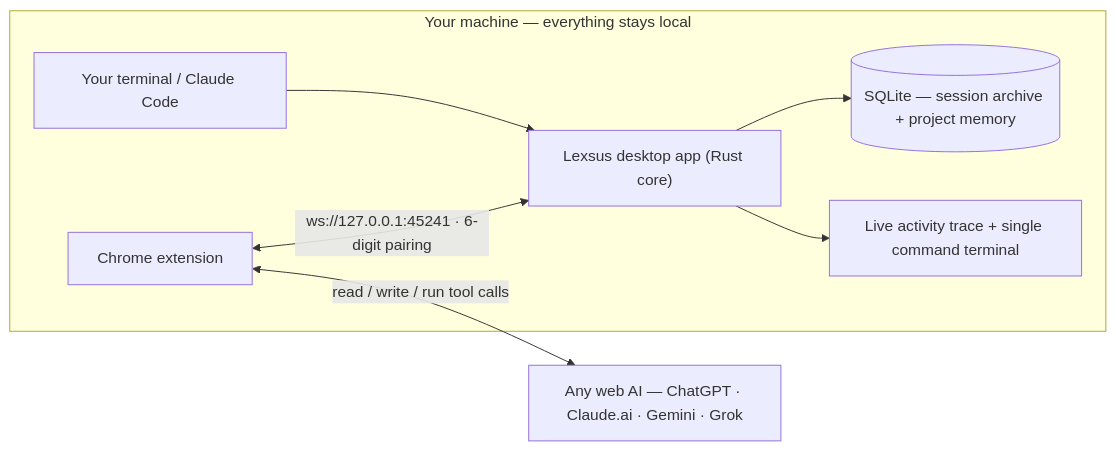
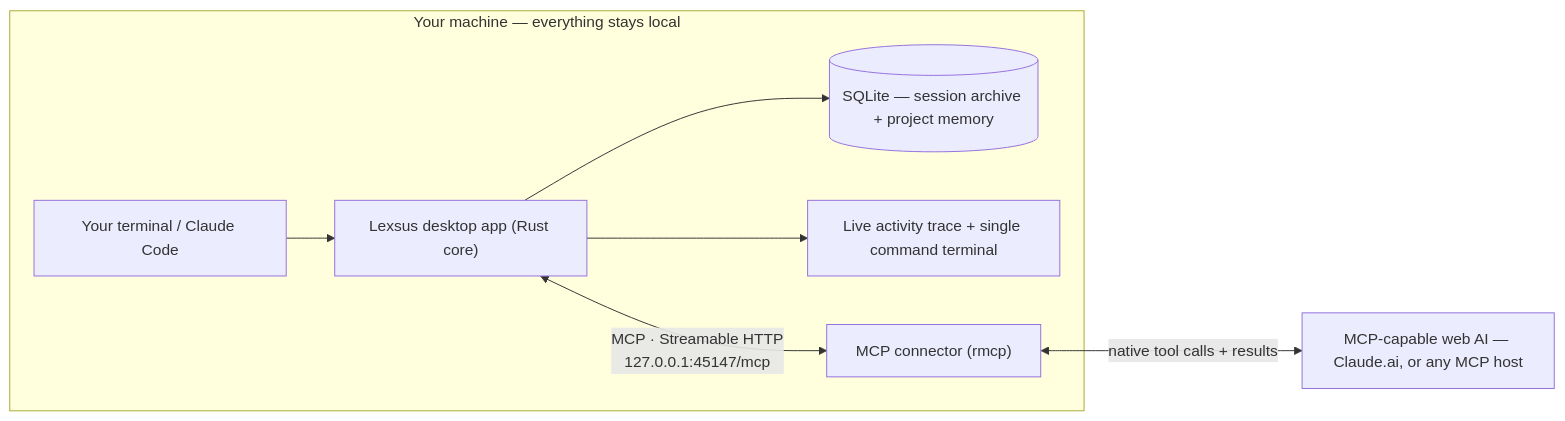
Before and after one commit to abdulwasea89/lexsus: the diagram in README.md, drawn with Mermaid. The commit also changed other lines of this file and 49 other files, not shown here.

````diff
--- a/README.md
+++ b/README.md
@@ -39,10 +41,10 @@
 ```mermaid
 flowchart LR
     subgraph Local["Your machine — everything stays local"]
         A["Your terminal / Claude Code"] --> P["Lexsus desktop app (Rust core)"]
         P --> D[("SQLite — session archive + project memory")]
         P --> T["Live activity trace + single command terminal"]
-        X["Chrome extension"] <-->|"ws://127.0.0.1:45241 · 6-digit pairing"| P
+        P <-->|"MCP · Streamable HTTP<br/>127.0.0.1:45147/mcp"| M["MCP connector (rmcp)"]
     end
-    X <-->|"read / write / run tool calls"| W["Any web AI — ChatGPT · Claude.ai · Gemini · Grok"]
+    M <-->|"native tool calls + results"| W["MCP-capable web AI — Claude.ai, or any MCP host"]
 ```
````
